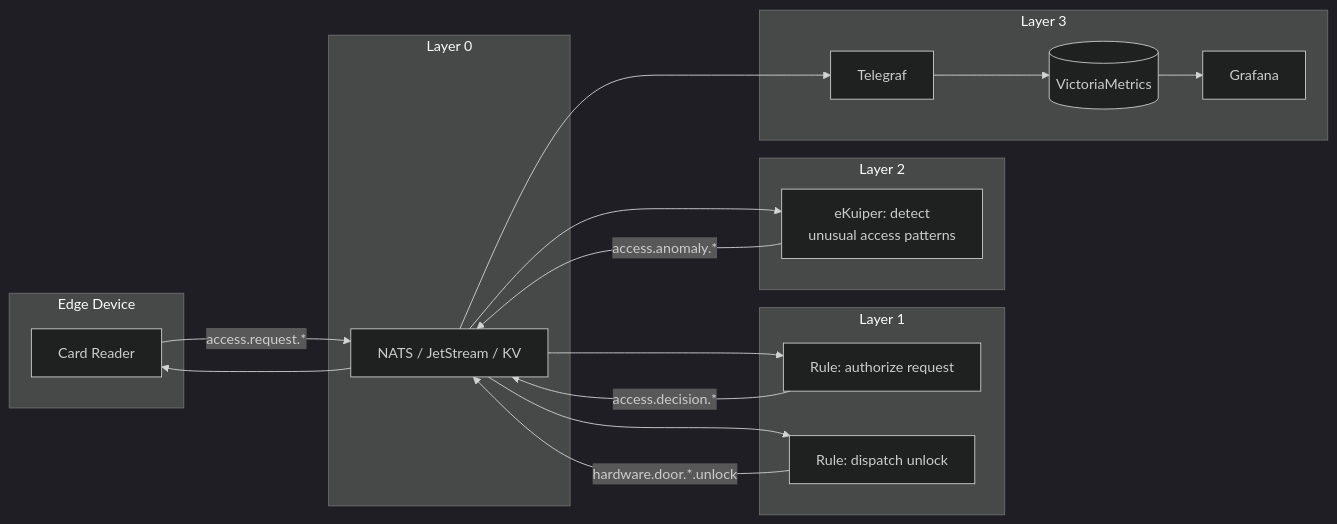
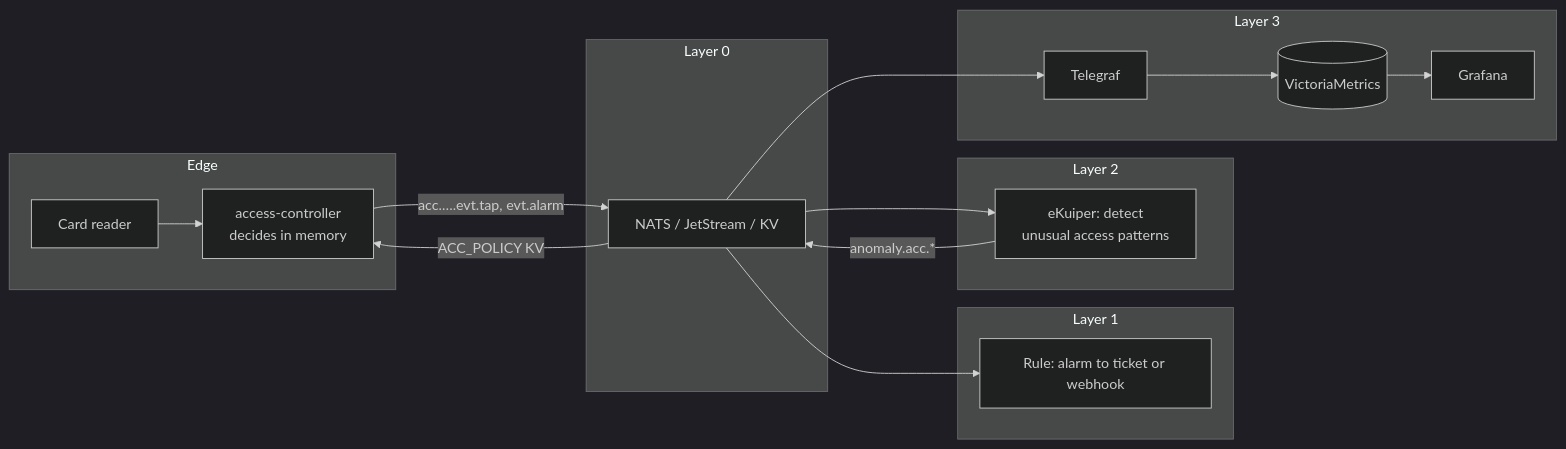
The second of 2 diagrams in docs/platform-layers.md (stone-age-io/platform-docs), drawn with Mermaid (dark theme) before and after one commit. The commit also changed other lines of this file and 18 other files, not shown here.

````diff
--- a/docs/platform-layers.md
+++ b/docs/platform-layers.md
@@ -295,39 +298,35 @@
 ```mermaid
 flowchart LR
-    subgraph Device["Edge Device"]
-        Reader["Card Reader"]
+    subgraph Device["Edge"]
+        Reader["Card reader"]
+        Ctrl["access-controller<br/>decides in memory"]
     end
 
     subgraph L0["Layer 0"]
         NATS["NATS / JetStream / KV"]
     end
 
     subgraph L1["Layer 1"]
-        RR1["Rule: authorize request"]
-        RR2["Rule: dispatch unlock"]
+        RR1["Rule: alarm to ticket or webhook"]
     end
 
     subgraph L2["Layer 2"]
         EK["eKuiper: detect<br/>unusual access patterns"]
     end
 
     subgraph L3["Layer 3"]
         TG["Telegraf"]
         VM[("VictoriaMetrics")]
         GR["Grafana"]
     end
 
-    Reader -->|"access.request.*"| NATS
+    Reader --> Ctrl
+    NATS -->|"ACC_POLICY KV"| Ctrl
+    Ctrl -->|"acc.….evt.tap, evt.alarm"| NATS
     NATS --> RR1
-    RR1 -->|"access.decision.*"| NATS
-    NATS --> RR2
-    RR2 -->|"hardware.door.*.unlock"| NATS
-    NATS --> Reader
-
     NATS --> EK
-    EK -->|"access.anomaly.*"| NATS
-
+    EK -->|"anomaly.acc.*"| NATS
     NATS --> TG
     TG --> VM
     VM --> GR
 ```
````
